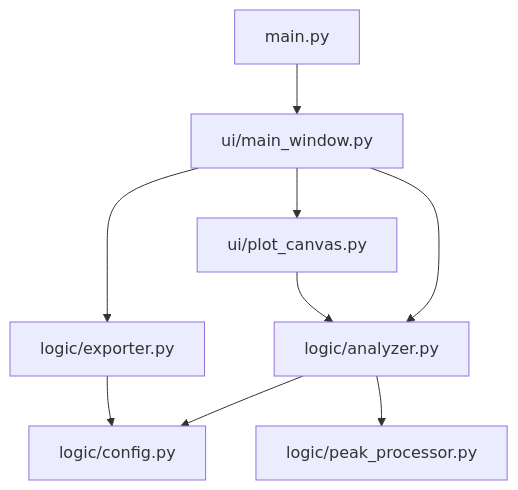
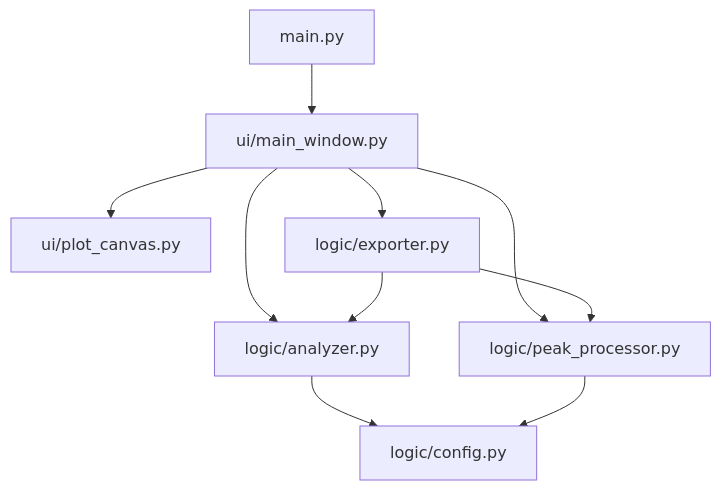
One commit to liqinglq666/NMR-Pore-Analyzer changed the first of 2 diagrams in README.md. Above: the diagram before and after it, drawn with Mermaid. The commit also changed other lines of this file, not shown here.

````diff
--- a/README.md
+++ b/README.md
@@ -25,11 +41,12 @@
 ```mermaid
 flowchart TD
     main["main.py"] --> mw["ui/main_window.py"]
     mw --> pc["ui/plot_canvas.py"]
     mw --> az["logic/analyzer.py"]
+    mw --> pp["logic/peak_processor.py"]
     mw --> ex["logic/exporter.py"]
     az --> cfg["logic/config.py"]
-    az --> pp["logic/peak_processor.py"]
-    ex --> cfg
-    pc --> az
+    pp --> cfg
+    ex --> az
+    ex --> pp
 ```
````
